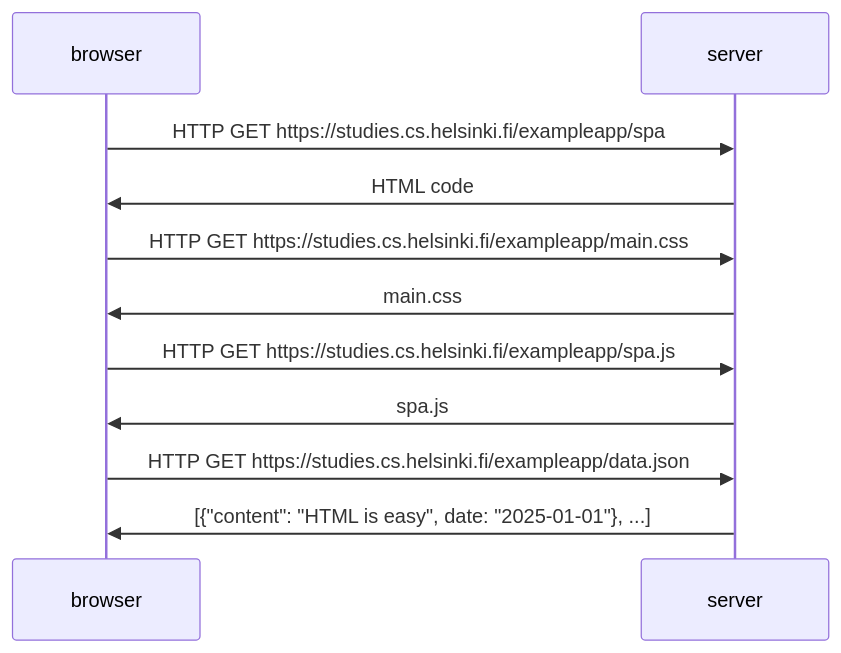
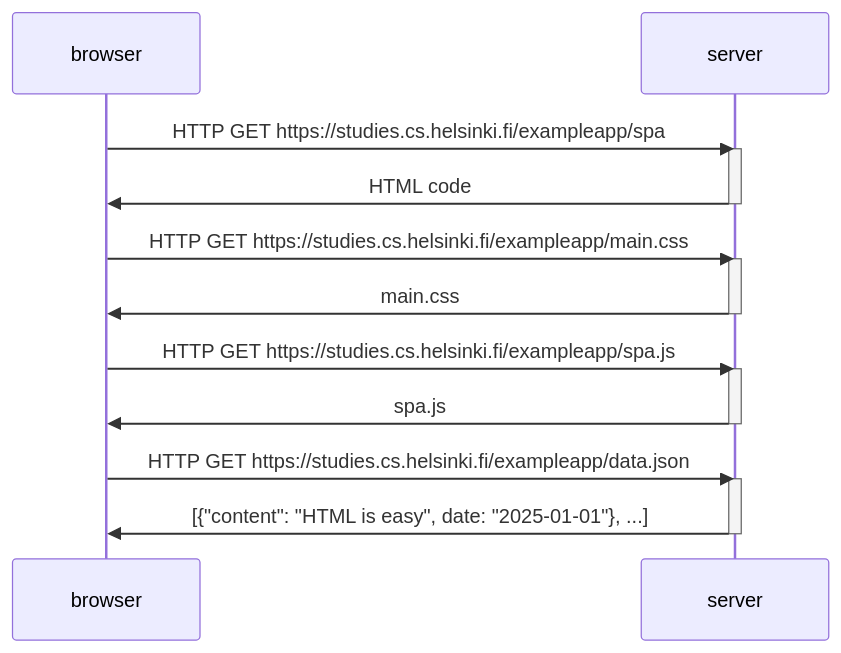
One commit to adomanico001/fsopen-p0 changed the diagram in 0.5_single_page_app.md. Above: the diagram before and after it, drawn with Mermaid.

````diff
--- a/0.5_single_page_app.md
+++ b/0.5_single_page_app.md
@@ -1,13 +1,25 @@
 ```mermaid
 sequenceDiagram
 participant browser
 participant server
+
 browser->>server: HTTP GET https://studies.cs.helsinki.fi/exampleapp/spa
+activate server
 server->>browser: HTML code
+deactivate server
+
 browser->>server: HTTP GET https://studies.cs.helsinki.fi/exampleapp/main.css
+activate server
 server->>browser: main.css
+deactivate server
+
 browser->>server: HTTP GET https://studies.cs.helsinki.fi/exampleapp/spa.js
+activate server
 server->>browser: spa.js
+deactivate server
+
 browser->>server: HTTP GET https://studies.cs.helsinki.fi/exampleapp/data.json
+activate server
 server->>browser: [{"content": "HTML is easy", date: "2025-01-01"}, ...]
+deactivate server
 ```
````
